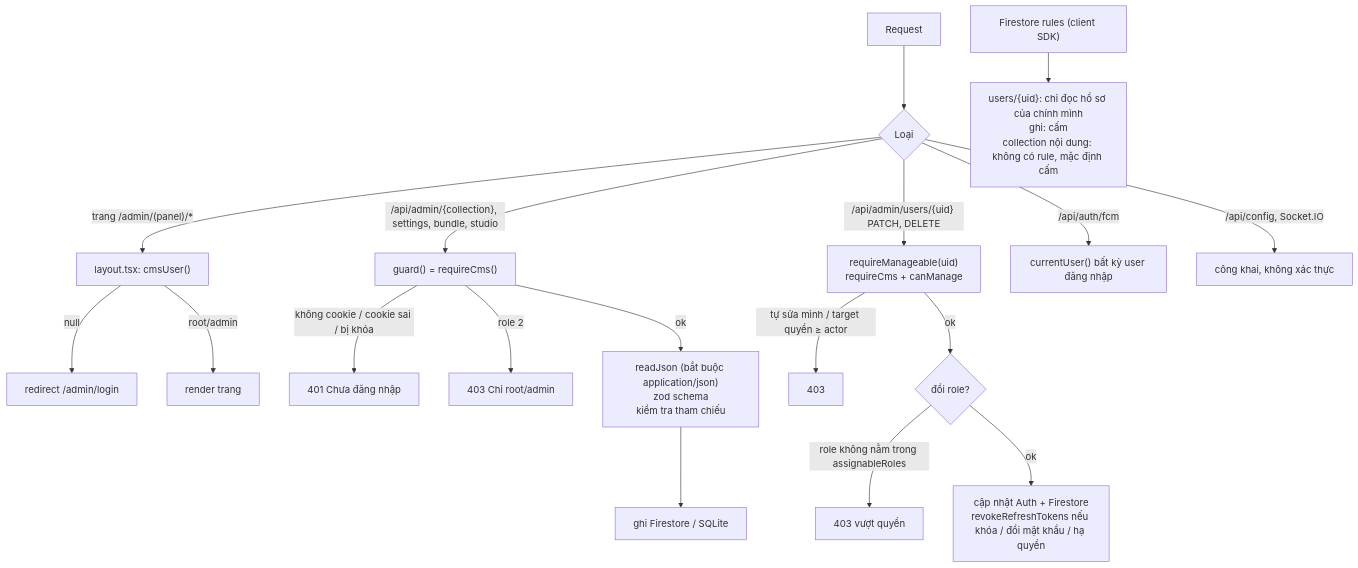
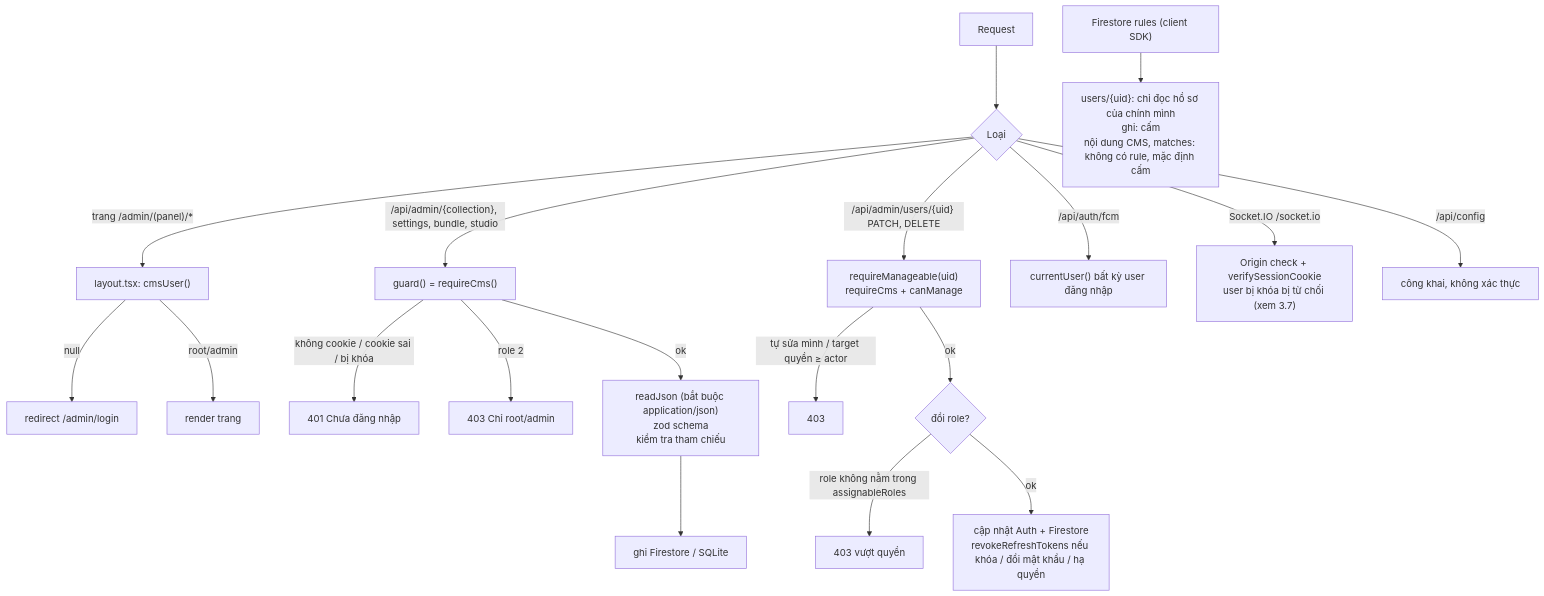
One commit to lualua0909/simulator-battle-webgame changed the tenth of 10 diagrams in docs/ARCHITECTURE.md. Above: the diagram before and after it, drawn with Mermaid. The commit also changed other lines of this file and 11 other files, not shown here.

````diff
--- a/docs/ARCHITECTURE.md
+++ b/docs/ARCHITECTURE.md
@@ -351,23 +451,24 @@
 ```mermaid
 flowchart TD
   R["Request"] --> T{"Loại"}
   T -- "trang /admin/(panel)/*" --> L["layout.tsx: cmsUser()"]
   L -- "null" --> RL["redirect /admin/login"]
   L -- "root/admin" --> P["render trang"]
 
   T -- "/api/admin/{collection}, settings, bundle, studio" --> G["guard() = requireCms()"]
   G -- "không cookie / cookie sai / bị khóa" --> E401["401 Chưa đăng nhập"]
   G -- "role 2" --> E403["403 Chỉ root/admin"]
   G -- "ok" --> V["readJson (bắt buộc application/json)<br/>zod schema<br/>kiểm tra tham chiếu"] --> W["ghi Firestore / SQLite"]
 
   T -- "/api/admin/users/{uid} PATCH, DELETE" --> M["requireManageable(uid)<br/>requireCms + canManage"]
   M -- "tự sửa mình / target quyền ≥ actor" --> E403b["403"]
   M -- "ok" --> RA{"đổi role?"}
   RA -- "role không nằm trong assignableRoles" --> E403c["403 vượt quyền"]
   RA -- "ok" --> UW["cập nhật Auth + Firestore<br/>revokeRefreshTokens nếu khóa / đổi mật khẩu / hạ quyền"]
 
   T -- "/api/auth/fcm" --> CU["currentUser() bất kỳ user đăng nhập"]
-  T -- "/api/config, Socket.IO" --> PUB["công khai, không xác thực"]
+  T -- "Socket.IO /socket.io" --> SIO["Origin check + verifySessionCookie<br/>user bị khóa bị từ chối (xem 3.7)"]
+  T -- "/api/config" --> PUB["công khai, không xác thực"]
 
-  FSR["Firestore rules (client SDK)"] --> FR["users/{uid}: chỉ đọc hồ sơ của chính mình<br/>ghi: cấm<br/>collection nội dung: không có rule, mặc định cấm"]
+  FSR["Firestore rules (client SDK)"] --> FR["users/{uid}: chỉ đọc hồ sơ của chính mình<br/>ghi: cấm<br/>nội dung CMS, matches: không có rule, mặc định cấm"]
 ```
````
